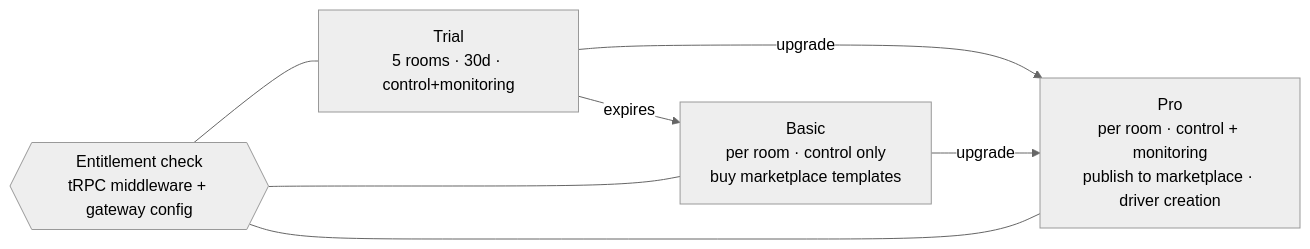
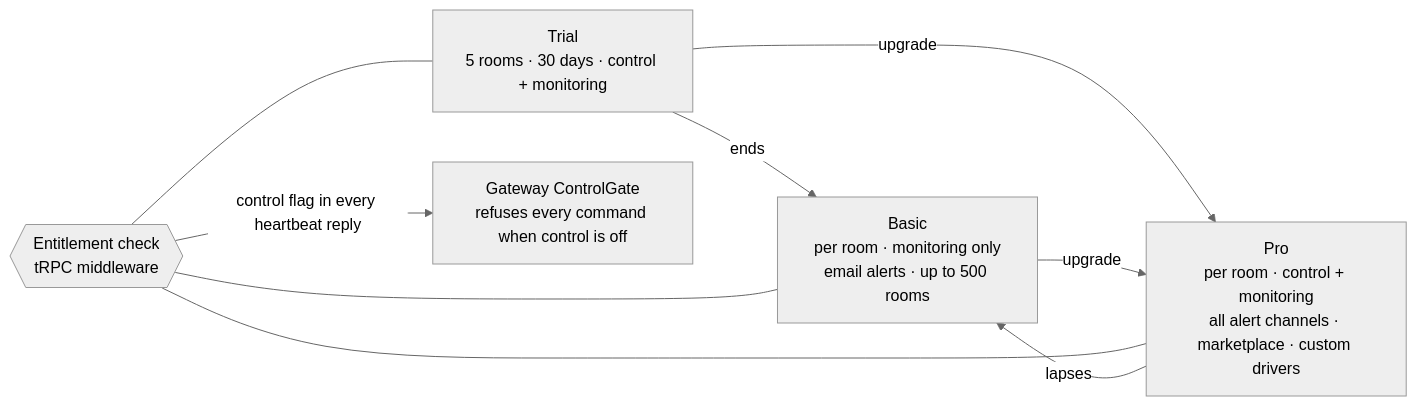
Diagram 25 of 30 in docs/diagrams.md (steviemayo/cobra), drawn with Mermaid (neutral theme) before and after one commit. The commit also changed other lines of this file and 5 other files, not shown here.

Commit message:
docs: bring plan, decisions, diagrams and status docs into line with what is built

````diff
--- a/docs/diagrams.md
+++ b/docs/diagrams.md
@@ -519,10 +556,12 @@
 ```mermaid
 flowchart LR
-  TR[Trial<br/>5 rooms · 30d · control+monitoring] -->|expires| BA
+  TR[Trial<br/>5 rooms · 30 days · control + monitoring] -->|ends| BA
   TR -->|upgrade| PRO
-  BA[Basic<br/>per room · control only<br/>buy marketplace templates] -->|upgrade| PRO
-  PRO[Pro<br/>per room · control + monitoring<br/>publish to marketplace · driver creation]
-  ENT{{Entitlement check<br/>tRPC middleware + gateway config}} --- BA
+  BA[Basic<br/>per room · monitoring only<br/>email alerts · up to 500 rooms] -->|upgrade| PRO
+  PRO[Pro<br/>per room · control + monitoring<br/>all alert channels · marketplace · custom drivers]
+  PRO -->|lapses| BA
+  ENT{{Entitlement check<br/>tRPC middleware}} --- BA
   ENT --- PRO
   ENT --- TR
+  ENT -->|control flag in every heartbeat reply| GATE[Gateway ControlGate<br/>refuses every command when control is off]
 ```
````
